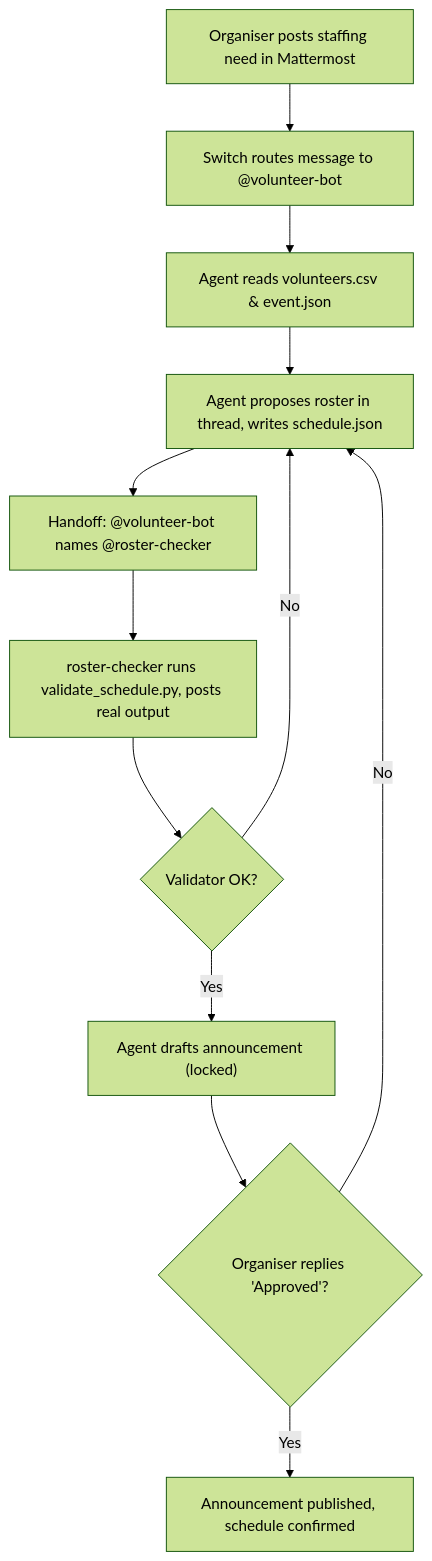
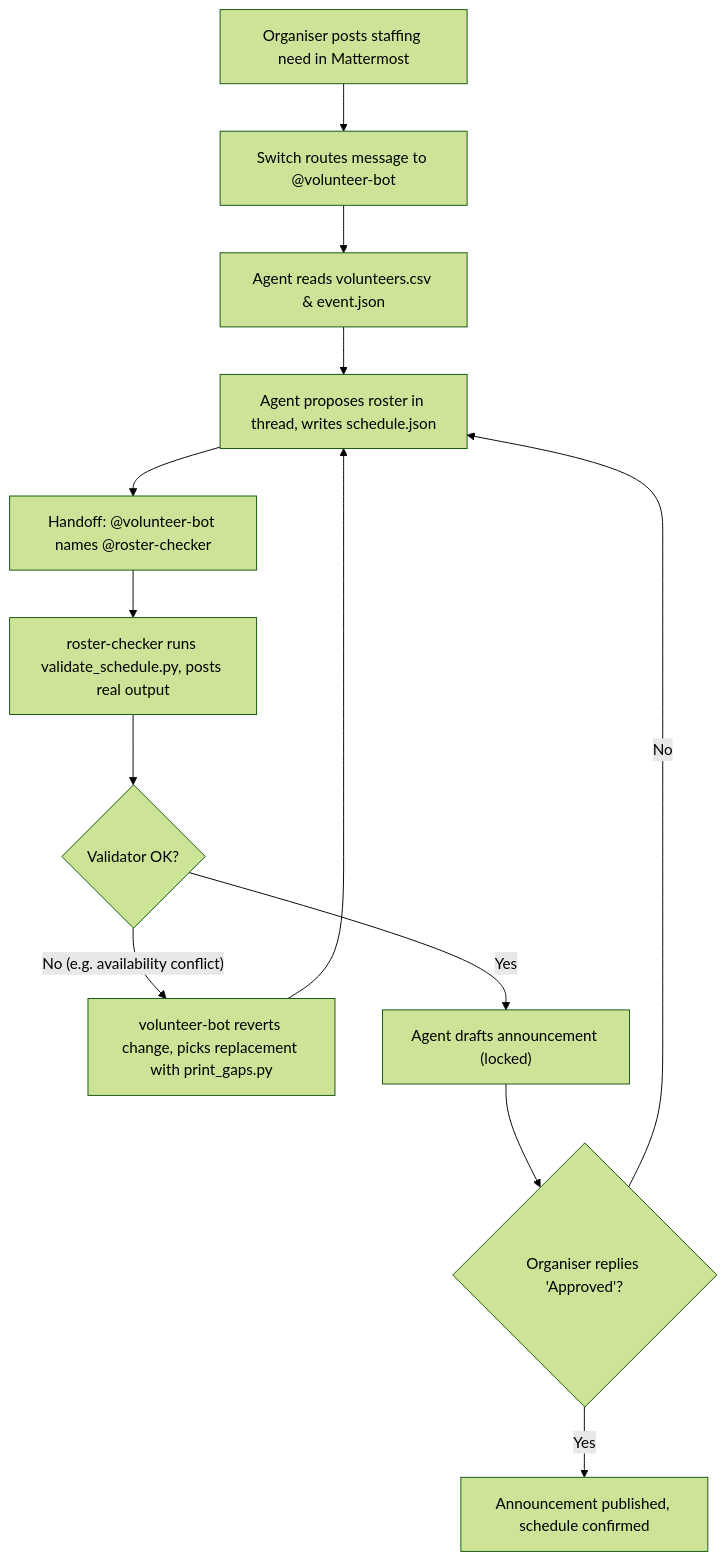
The diagram in README.md (Mamtasahu2005/event-volunteer-desk), drawn with Mermaid (forest theme) before and after one commit. The commit also changed other lines of this file and 13 other files, not shown here.

````diff
--- a/README.md
+++ b/README.md
@@ -31,14 +31,15 @@
 ```mermaid
 flowchart TD
     A["Organiser posts staffing need in Mattermost"] --> B["Switch routes message to @volunteer-bot"]
     B --> C["Agent reads volunteers.csv & event.json"]
     C --> D["Agent proposes roster in thread, writes schedule.json"]
     D --> E["Handoff: @volunteer-bot names @roster-checker"]
     E --> F["roster-checker runs validate_schedule.py, posts real output"]
     F --> G{"Validator OK?"}
-    G -- "No" --> D
-    G -- "Yes" --> H["Agent drafts announcement (locked)"]
-    H --> I{"Organiser replies 'Approved'?"}
-    I -- "Yes" --> J["Announcement published, schedule confirmed"]
-    I -- "No" --> D
+    G -- "No (e.g. availability conflict)" --> H["volunteer-bot reverts change, picks replacement with print_gaps.py"]
+    H --> D
+    G -- "Yes" --> I["Agent drafts announcement (locked)"]
+    I --> J{"Organiser replies 'Approved'?"}
+    J -- "Yes" --> K["Announcement published, schedule confirmed"]
+    J -- "No" --> D
 ```
````
